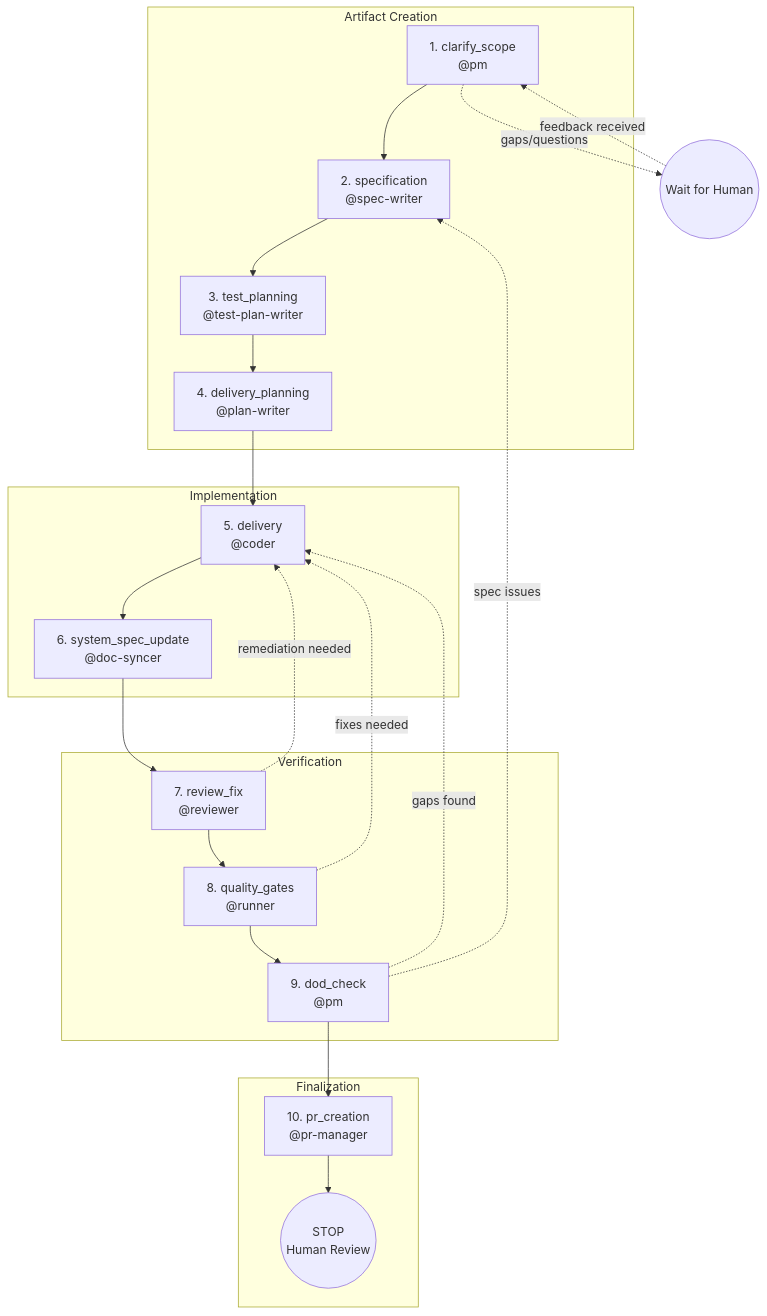
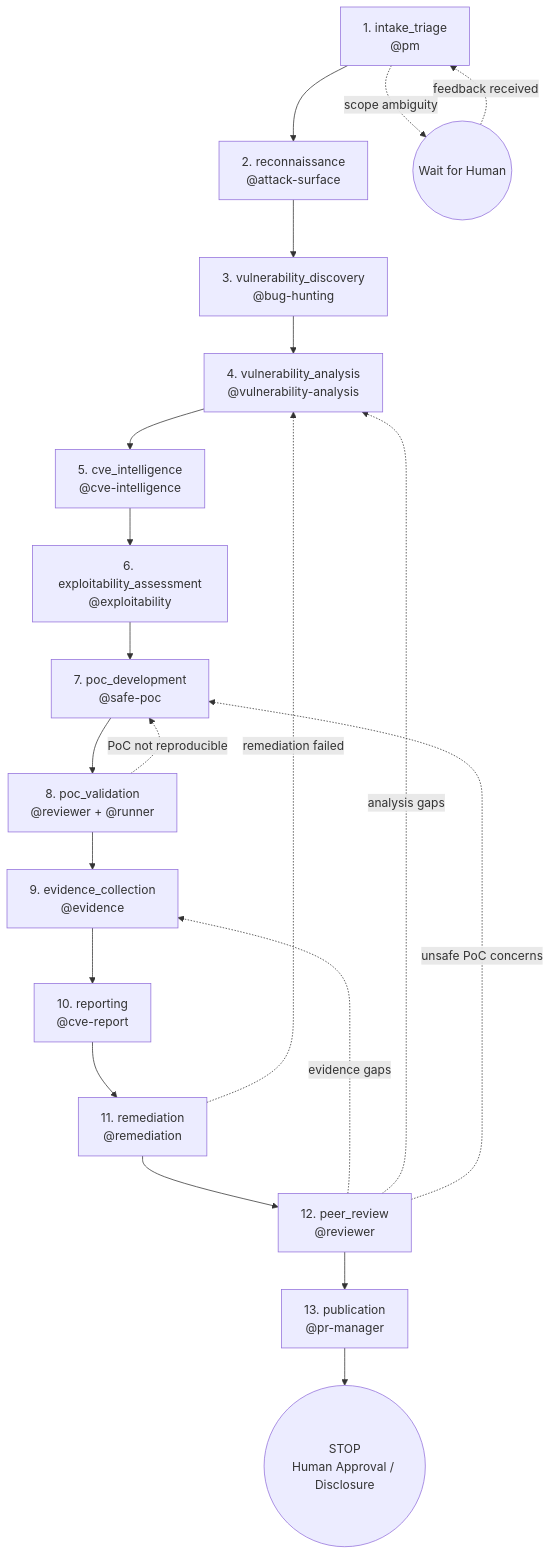
Before and after one commit to simodev25/samourai-kali: the diagram in core/governance/conventions/change-lifecycle.md, drawn with Mermaid. The commit also changed other lines of this file and 84 other files, not shown here.

````diff
--- a/core/governance/conventions/change-lifecycle.md
+++ b/core/governance/conventions/change-lifecycle.md
@@ -40,32 +47,25 @@
 ```mermaid
 flowchart TD
-    subgraph "Artifact Creation"
-        A[1. clarify_scope<br/>@pm] --> B[2. specification<br/>@spec-writer]
-        B --> C[3. test_planning<br/>@test-plan-writer]
-        C --> D[4. delivery_planning<br/>@plan-writer]
-    end
-    
-    subgraph "Implementation"
-        D --> E[5. delivery<br/>@coder]
-        E --> F[6. system_spec_update<br/>@doc-syncer]
-    end
-    
-    subgraph "Verification"
-        F --> G[7. review_fix<br/>@reviewer]
-        G --> H[8. quality_gates<br/>@runner]
-        H --> I[9. dod_check<br/>@pm]
-    end
-    
-    subgraph "Finalization"
-        I --> J[10. pr_creation<br/>@pr-manager]
-        J --> K((STOP<br/>Human Review))
-    end
-    
+    A[1. intake_triage<br/>@pm] --> B[2. reconnaissance<br/>@attack-surface]
+    B --> C[3. vulnerability_discovery<br/>@bug-hunting]
+    C --> D[4. vulnerability_analysis<br/>@vulnerability-analysis]
+    D --> E[5. cve_intelligence<br/>@cve-intelligence]
+    E --> F[6. exploitability_assessment<br/>@exploitability]
+    F --> G[7. poc_development<br/>@safe-poc]
+    G --> H[8. poc_validation<br/>@reviewer + @runner]
+    H --> I[9. evidence_collection<br/>@evidence]
+    I --> J[10. reporting<br/>@cve-report]
+    J --> K[11. remediation<br/>@remediation]
+    K --> L[12. peer_review<br/>@reviewer]
+    L --> M[13. publication<br/>@pr-manager]
+    M --> N((STOP<br/>Human Approval / Disclosure))
+
     %% Feedback loops - gaps discovered
-    A -.->|gaps/questions| W((Wait for Human))
+    A -.->|scope ambiguity| W((Wait for Human))
     W -.->|feedback received| A
-    G -.->|remediation needed| E
-    H -.->|fixes needed| E
-    I -.->|gaps found| E
-    I -.->|spec issues| B
+    L -.->|evidence gaps| I
+    L -.->|analysis gaps| D
+    L -.->|unsafe PoC concerns| G
+    K -.->|remediation failed| D
+    H -.->|PoC not reproducible| G
 ```
````
